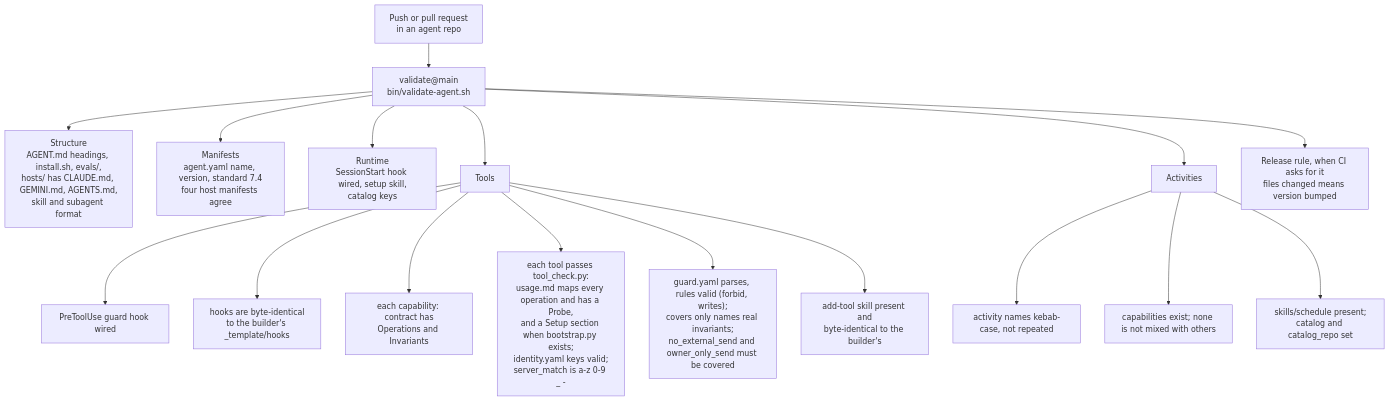
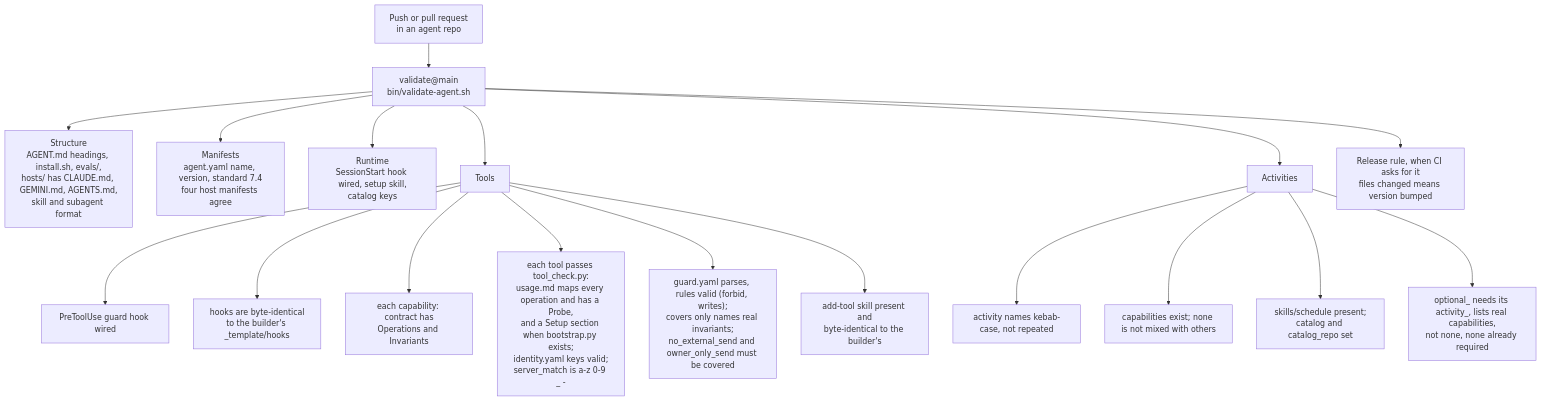
Before and after one commit to webspenser/agent-builder: the second of 6 diagrams in docs/how-it-works.md, drawn with Mermaid. The commit also changed other lines of this file and 4 other files, not shown here.

Commit message:
docs: explain binding optional capabilities; gate rule and how-it-works

````diff
--- a/docs/how-it-works.md
+++ b/docs/how-it-works.md
@@ -206,19 +206,20 @@
 ```mermaid
 flowchart TD
   S["Push or pull request<br/>in an agent repo"] --> V["validate@main<br/>bin/validate-agent.sh"]
   V --> ST["Structure<br/>AGENT.md headings, install.sh, evals/,<br/>hosts/ has CLAUDE.md, GEMINI.md, AGENTS.md,<br/>skill and subagent format"]
   V --> MF["Manifests<br/>agent.yaml name, version, standard 7.4<br/>four host manifests agree"]
   V --> RT["Runtime<br/>SessionStart hook wired, setup skill,<br/>catalog keys"]
   V --> TL["Tools"]
   V --> AC["Activities"]
   V --> BU["Release rule, when CI asks for it<br/>files changed means version bumped"]
   TL --> T1["PreToolUse guard hook wired"]
   TL --> T2["hooks are byte-identical<br/>to the builder's _template/hooks"]
   TL --> T3["each capability: contract has<br/>Operations and Invariants"]
   TL --> T4["each tool passes tool_check.py:<br/>usage.md maps every operation and has a Probe,<br/>and a Setup section when bootstrap.py exists;<br/>identity.yaml keys valid;<br/>server_match is a-z 0-9 _ -"]
   TL --> T5["guard.yaml parses, rules valid (forbid, writes);<br/>covers only names real invariants;<br/>no_external_send and owner_only_send must be covered"]
   TL --> T6["add-tool skill present and<br/>byte-identical to the builder's"]
   AC --> A1["activity names kebab-case, not repeated"]
   AC --> A2["capabilities exist; none is not mixed with others"]
   AC --> A3["skills/schedule present;<br/>catalog and catalog_repo set"]
+  AC --> A4["optional_ needs its activity_, lists real capabilities,<br/>not none, none already required"]
 ```
````
